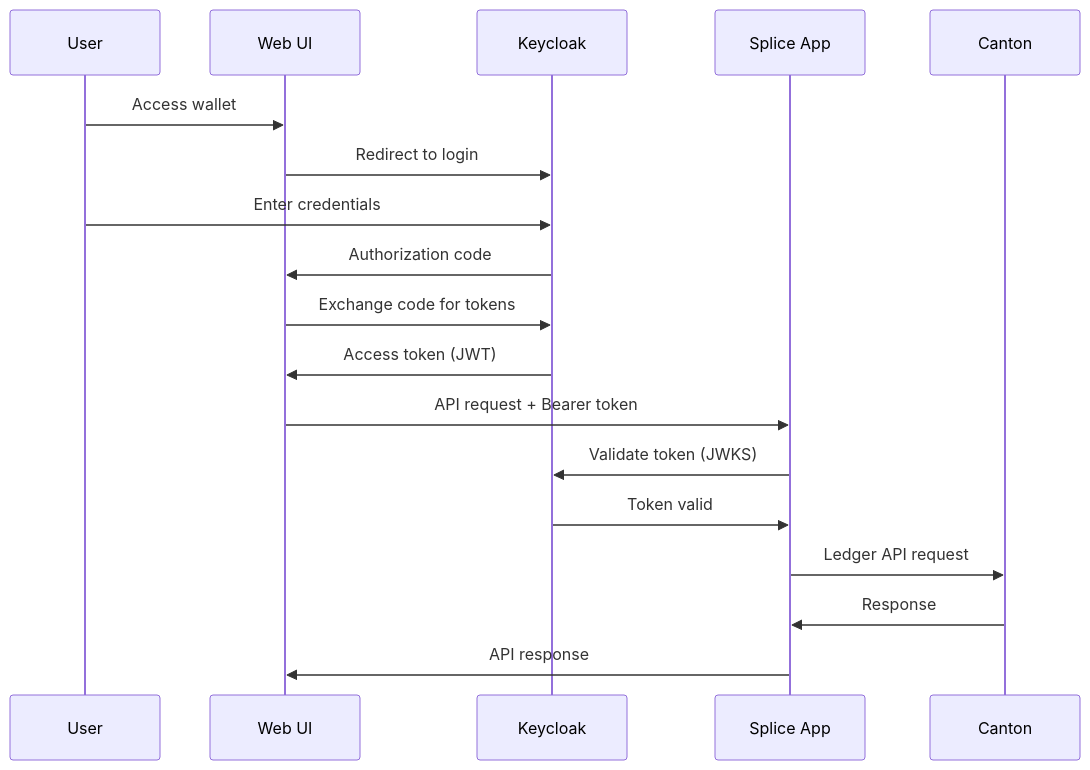
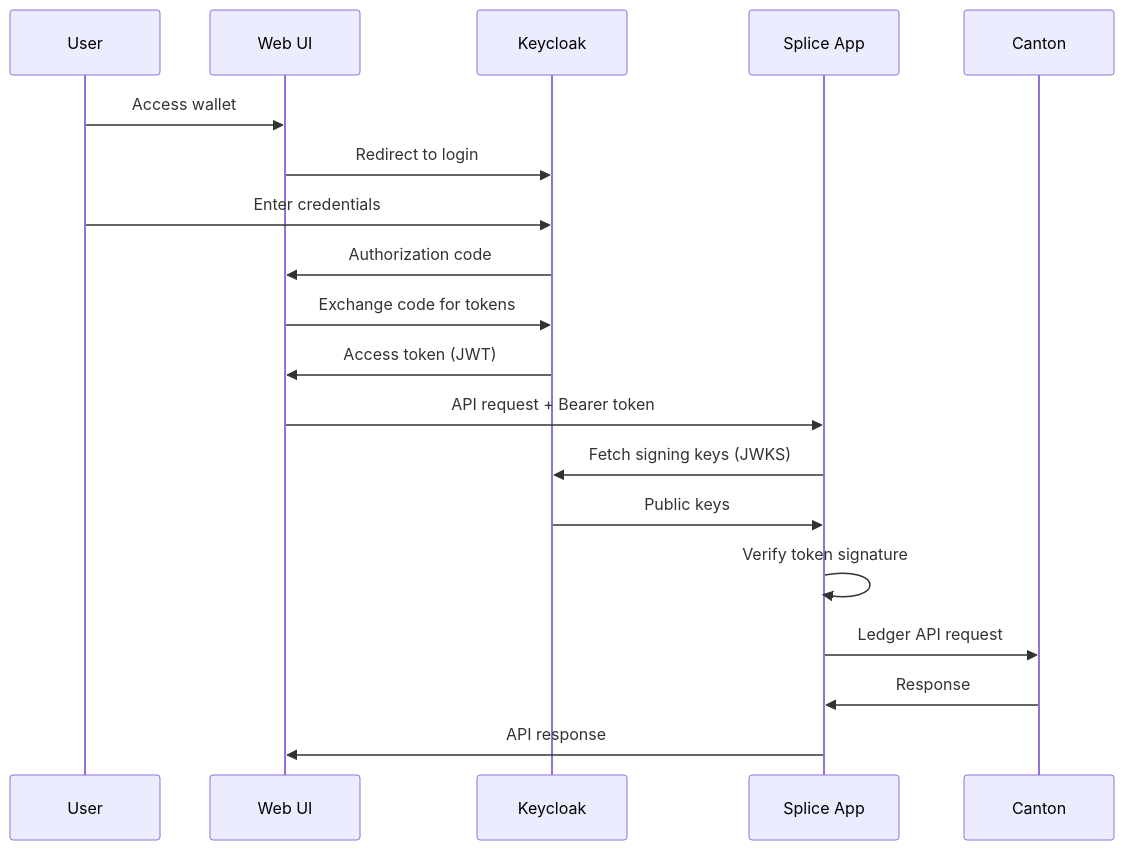
One commit to denex-io/denex-network-manager changed the second of 7 diagrams in site/src/content/docs/how-it-works/architecture.md. Above: the diagram before and after it, drawn with Mermaid. The commit also changed other lines of this file and 14 other files, not shown here.

````diff
--- a/site/src/content/docs/how-it-works/architecture.md
+++ b/site/src/content/docs/how-it-works/architecture.md
@@ -272,21 +278,22 @@
 ```mermaid
 sequenceDiagram
     participant User
     participant WebUI as Web UI
     participant Keycloak
     participant Splice as Splice App
     participant Canton
     
     User->>WebUI: Access wallet
     WebUI->>Keycloak: Redirect to login
     User->>Keycloak: Enter credentials
     Keycloak->>WebUI: Authorization code
     WebUI->>Keycloak: Exchange code for tokens
     Keycloak->>WebUI: Access token (JWT)
     WebUI->>Splice: API request + Bearer token
-    Splice->>Keycloak: Validate token (JWKS)
-    Keycloak->>Splice: Token valid
+    Splice->>Keycloak: Fetch signing keys (JWKS)
+    Keycloak->>Splice: Public keys
+    Splice->>Splice: Verify token signature
     Splice->>Canton: Ledger API request
     Canton->>Splice: Response
     Splice->>WebUI: API response
 ```
````
